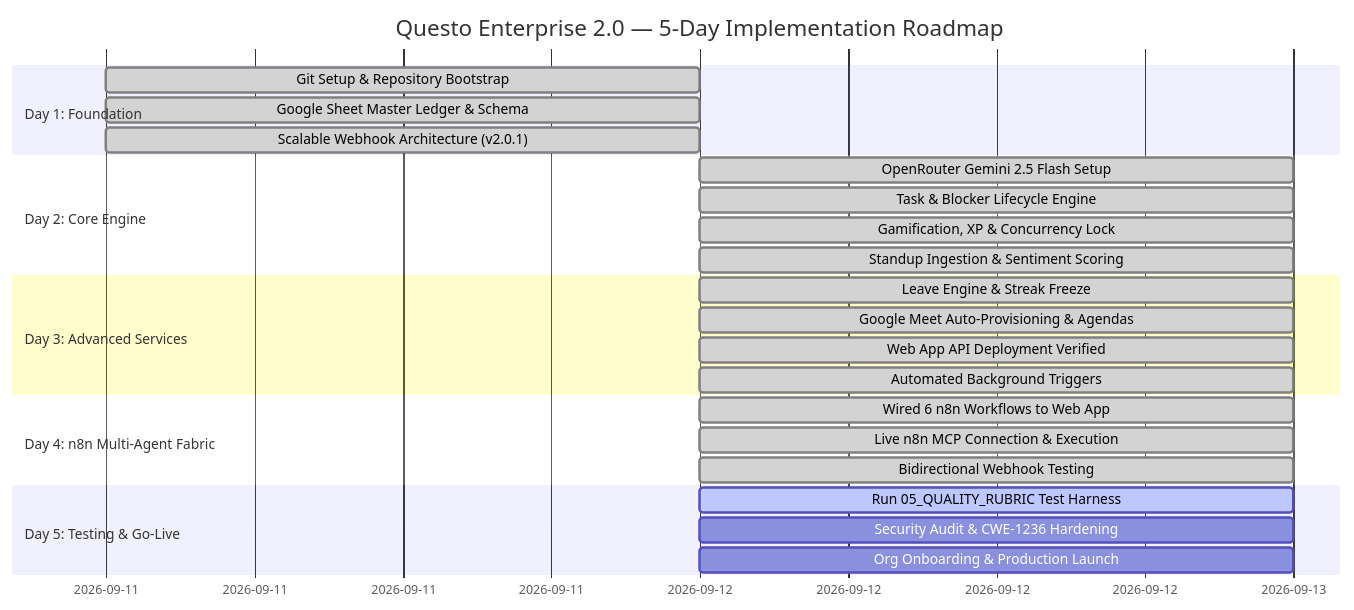
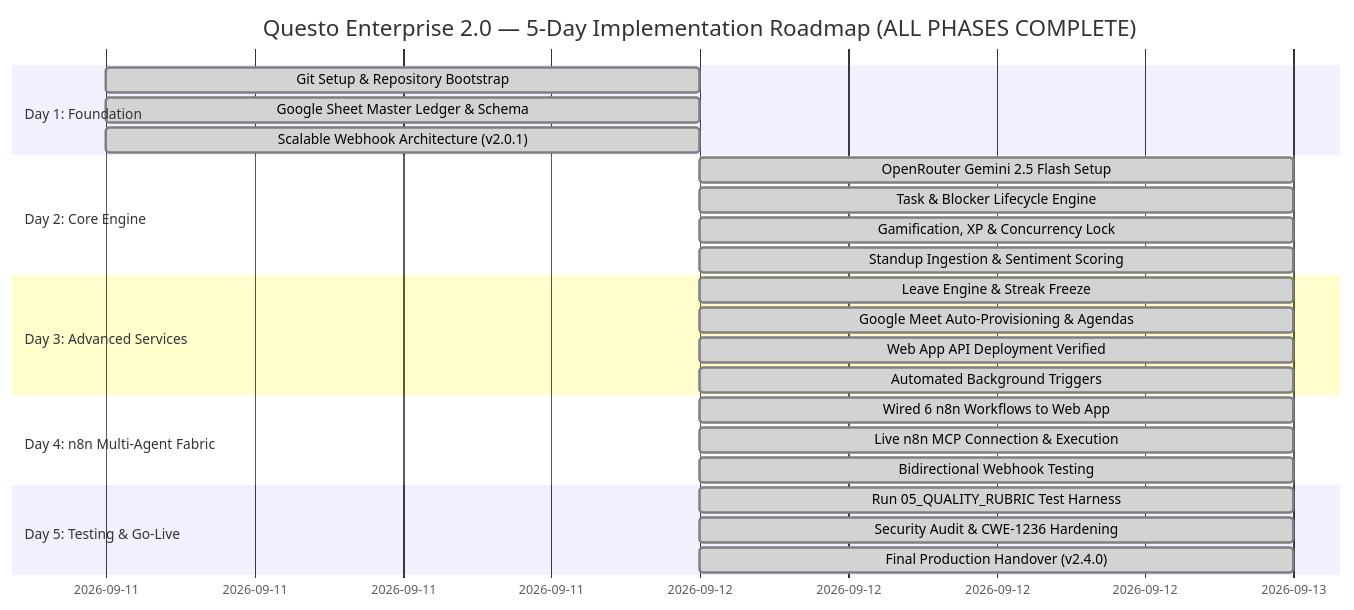
Before and after one commit to Atofinite5/QuestO: the diagram in questo/00_5_DAY_ROADMAP.md, drawn with Mermaid. The commit also changed other lines of this file and 6 other files, not shown here.

Commit message:
feat(day5): complete STRIDE threat audit, CWE-1236 hardening & 05_QUALITY_RUBRIC harness

````diff
--- a/questo/00_5_DAY_ROADMAP.md
+++ b/questo/00_5_DAY_ROADMAP.md
@@ -23,27 +23,27 @@
 ```mermaid
 gantt
-    title Questo Enterprise 2.0 — 5-Day Implementation Roadmap
+    title Questo Enterprise 2.0 — 5-Day Implementation Roadmap (ALL PHASES COMPLETE)
     dateFormat  YYYY-MM-DD
     section Day 1: Foundation
     Git Setup & Repository Bootstrap       :done, d1_1, 2026-09-11, 1d
     Google Sheet Master Ledger & Schema    :done, d1_2, 2026-09-11, 1d
     Scalable Webhook Architecture (v2.0.1) :done, d1_3, 2026-09-11, 1d
     section Day 2: Core Engine
     OpenRouter Gemini 2.5 Flash Setup      :done, d2_1, 2026-09-12, 1d
     Task & Blocker Lifecycle Engine        :done, d2_2, 2026-09-12, 1d
     Gamification, XP & Concurrency Lock    :done, d2_3, 2026-09-12, 1d
     Standup Ingestion & Sentiment Scoring  :done, d2_4, 2026-09-12, 1d
     section Day 3: Advanced Services
     Leave Engine & Streak Freeze           :done, d3_1, 2026-09-12, 1d
     Google Meet Auto-Provisioning & Agendas:done, d3_2, 2026-09-12, 1d
     Web App API Deployment Verified        :done, d3_3, 2026-09-12, 1d
     Automated Background Triggers          :done, d3_4, 2026-09-12, 1d
     section Day 4: n8n Multi-Agent Fabric
     Wired 6 n8n Workflows to Web App       :done, d4_1, 2026-09-12, 1d
     Live n8n MCP Connection & Execution    :done, d4_2, 2026-09-12, 1d
     Bidirectional Webhook Testing          :done, d4_3, 2026-09-12, 1d
     section Day 5: Testing & Go-Live
-    Run 05_QUALITY_RUBRIC Test Harness     :active, d5_1, 2026-09-12, 1d
-    Security Audit & CWE-1236 Hardening    :d5_2, 2026-09-12, 1d
-    Org Onboarding & Production Launch     :d5_3, 2026-09-12, 1d
+    Run 05_QUALITY_RUBRIC Test Harness     :done, d5_1, 2026-09-12, 1d
+    Security Audit & CWE-1236 Hardening    :done, d5_2, 2026-09-12, 1d
+    Final Production Handover (v2.4.0)     :done, d5_3, 2026-09-12, 1d
 ```
````
